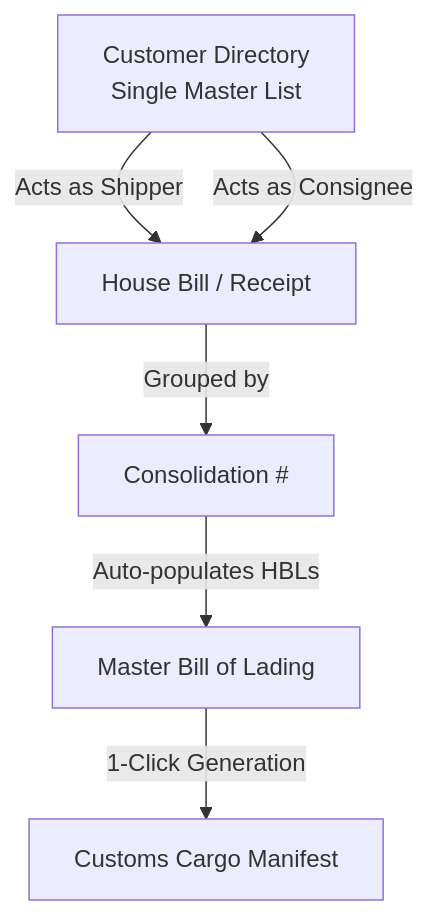
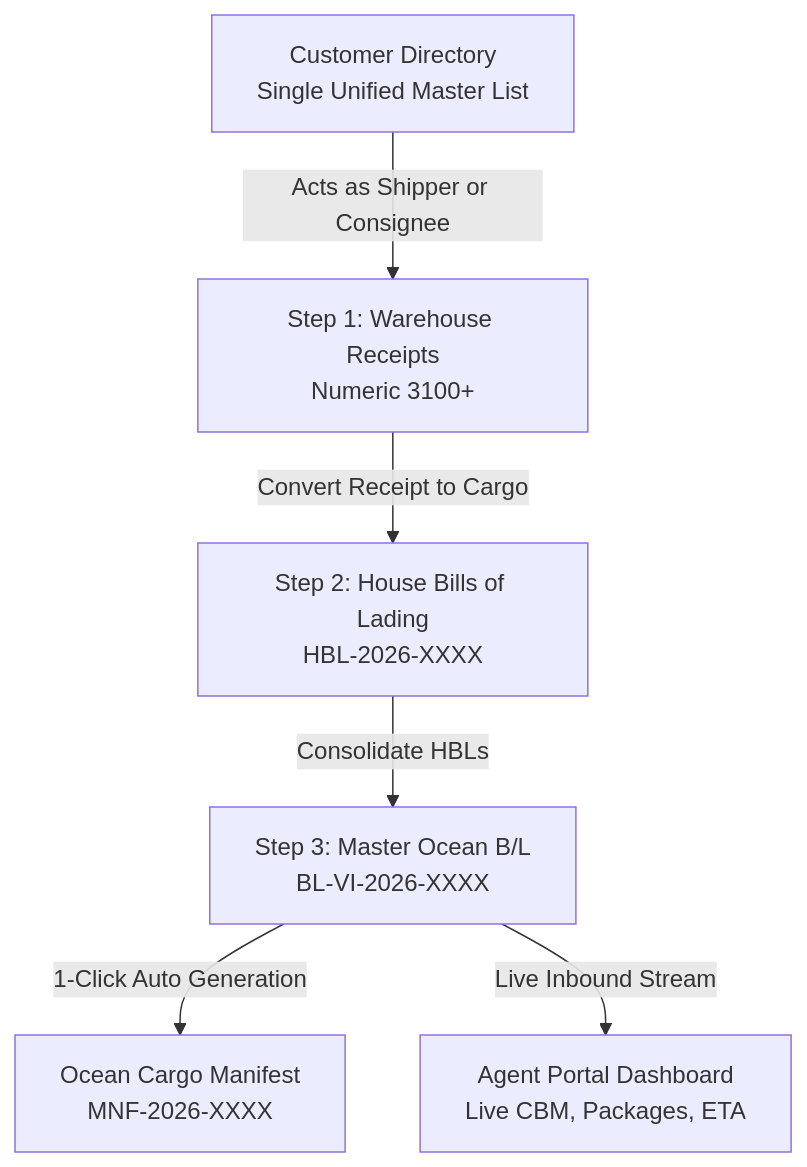
Before and after one commit to AKRITIKUSHWAHA/warehouse: the diagram in ai.md, drawn with Mermaid. The commit also changed other lines of this file and 9 other files, not shown here.

````diff
--- a/ai.md
+++ b/ai.md
@@ -24,8 +17,8 @@
 ```mermaid
 graph TD
-    A[Customer Directory<br/>Single Master List] -->|Acts as Shipper| B[House Bill / Receipt]
-    A -->|Acts as Consignee| B
-    B -->|Grouped by| C[Consolidation #]
-    C -->|Auto-populates HBLs| D[Master Bill of Lading]
-    D -->|1-Click Generation| E[Customs Cargo Manifest]
+    A[Customer Directory<br/>Single Unified Master List] -->|Acts as Shipper or Consignee| B[Step 1: Warehouse Receipts<br/>Numeric 3100+]
+    B -->|Convert Receipt to Cargo| C[Step 2: House Bills of Lading<br/>HBL-2026-XXXX]
+    C -->|Consolidate HBLs| D[Step 3: Master Ocean B/L<br/>BL-VI-2026-XXXX]
+    D -->|1-Click Auto Generation| E[Ocean Cargo Manifest<br/>MNF-2026-XXXX]
+    D -->|Live Inbound Stream| F[Agent Portal Dashboard<br/>Live CBM, Packages, ETA]
 ```
````
